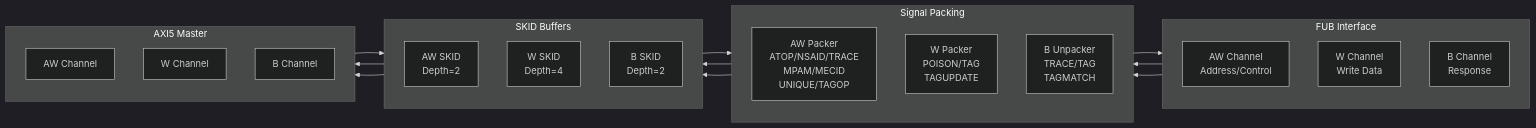
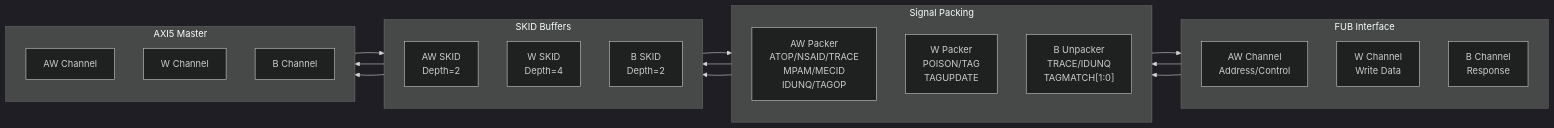
One commit to sean-galloway/RTLDesignSherpa changed the diagram in docs/markdown/rtl-amba/axi5/axi5_master_wr.md. Above: the diagram before and after it, drawn with Mermaid (dark theme). The commit also changed other lines of this file and 526 other files, not shown here.

````diff
--- a/docs/markdown/rtl-amba/axi5/axi5_master_wr.md
+++ b/docs/markdown/rtl-amba/axi5/axi5_master_wr.md
@@ -196,42 +196,42 @@
 ```mermaid
 flowchart LR
     subgraph FUB["FUB Interface"]
         direction TB
         fub_aw["AW Channel<br/>Address/Control"]
         fub_w["W Channel<br/>Write Data"]
         fub_b["B Channel<br/>Response"]
     end
 
     subgraph SKID["SKID Buffers"]
         direction TB
         aw_skid["AW SKID<br/>Depth=2"]
         w_skid["W SKID<br/>Depth=4"]
         b_skid["B SKID<br/>Depth=2"]
     end
 
     subgraph PACK["Signal Packing"]
         direction TB
-        aw_pack["AW Packer<br/>ATOP/NSAID/TRACE<br/>MPAM/MECID<br/>UNIQUE/TAGOP"]
+        aw_pack["AW Packer<br/>ATOP/NSAID/TRACE<br/>MPAM/MECID<br/>IDUNQ/TAGOP"]
         w_pack["W Packer<br/>POISON/TAG<br/>TAGUPDATE"]
-        b_unpack["B Unpacker<br/>TRACE/TAG<br/>TAGMATCH"]
+        b_unpack["B Unpacker<br/>TRACE/IDUNQ<br/>TAGMATCH[1:0]"]
     end
 
     subgraph AXI["AXI5 Master"]
         direction TB
         m_aw["AW Channel"]
         m_w["W Channel"]
         m_b["B Channel"]
     end
 
     fub_aw --> aw_pack
     aw_pack --> aw_skid
     aw_skid --> m_aw
 
     fub_w --> w_pack
     w_pack --> w_skid
     w_skid --> m_w
 
     m_b --> b_skid
     b_skid --> b_unpack
     b_unpack --> fub_b
 ```
````
